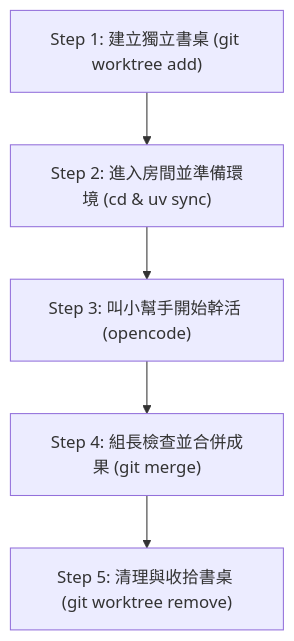
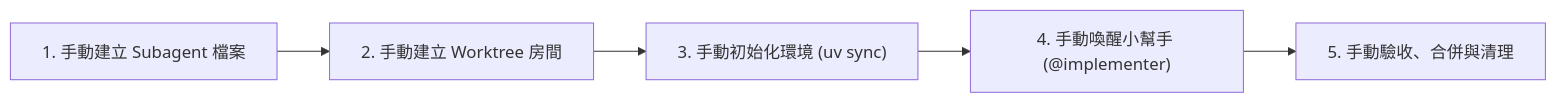
Before and after one commit to roberthsu2003/__2026_06_17_playwirght__: the second of 3 diagrams in opencode_suagent_and_worktree/README.md, drawn with Mermaid. The commit also changed other lines of this file, not shown here.

````diff
--- a/opencode_suagent_and_worktree/README.md
+++ b/opencode_suagent_and_worktree/README.md
@@ -36,7 +41,7 @@
 ```mermaid
-graph TD
-    A["Step 1: 建立獨立書桌 (git worktree add)"] --> B["Step 2: 進入房間並準備環境 (cd & uv sync)"]
-    B --> C["Step 3: 叫小幫手開始幹活 (opencode)"]
-    C --> D["Step 4: 組長檢查並合併成果 (git merge)"]
-    D --> E["Step 5: 清理與收拾書桌 (git worktree remove)"]
+graph LR
+    S1["1. 手動建立 Subagent 檔案"] --> S2["2. 手動建立 Worktree 房間"]
+    S2 --> S3["3. 手動初始化環境 (uv sync)"]
+    S3 --> S4["4. 手動喚醒小幫手 (@implementer)"]
+    S4 --> S5["5. 手動驗收、合併與清理"]
 ```
````
